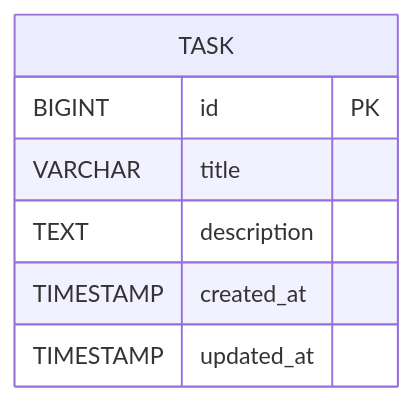
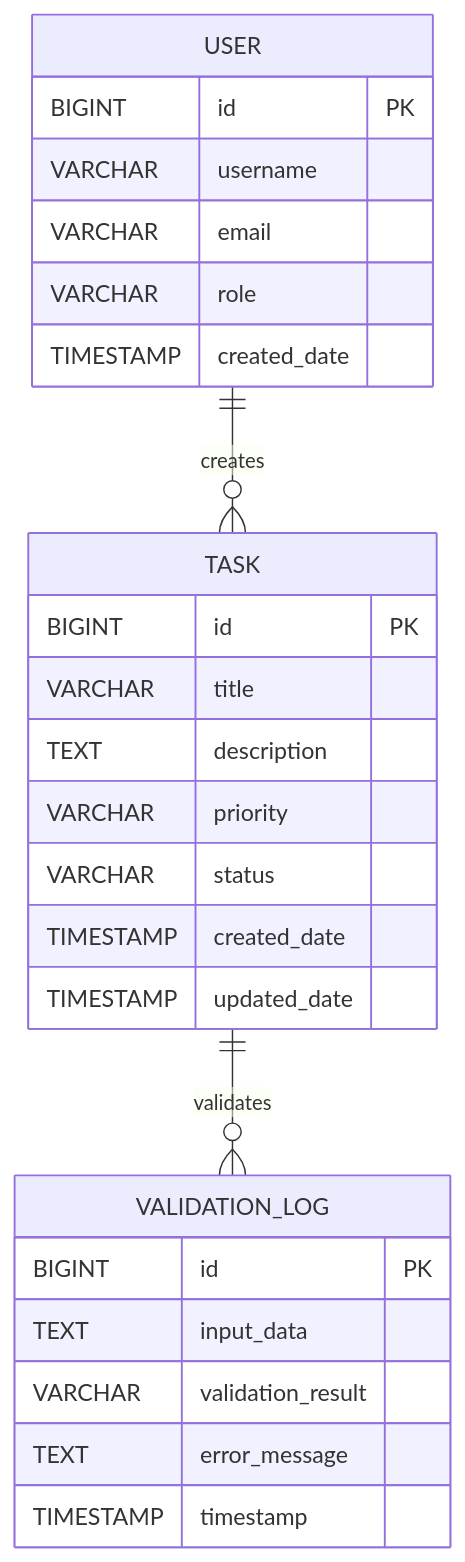
Before and after one commit to ThapaswiASC/SCIB-INCEPTION-PHASE-DEMO: the diagram in lld/lld_DEMO-759.md, drawn with Mermaid. The commit also changed other lines of this file, not shown here.

Commit message:
feat: Add SpringBoot LLD for malformed input data handling - DEMO-759

````diff
--- a/lld/lld_DEMO-759.md
+++ b/lld/lld_DEMO-759.md
@@ -280,10 +287,31 @@
 ```mermaid
 erDiagram
     TASK {
         BIGINT id PK
         VARCHAR title
         TEXT description
-        TIMESTAMP created_at
-        TIMESTAMP updated_at
+        VARCHAR priority
+        VARCHAR status
+        TIMESTAMP created_date
+        TIMESTAMP updated_date
     }
+    
+    VALIDATION_LOG {
+        BIGINT id PK
+        TEXT input_data
+        VARCHAR validation_result
+        TEXT error_message
+        TIMESTAMP timestamp
+    }
+    
+    USER {
+        BIGINT id PK
+        VARCHAR username
+        VARCHAR email
+        VARCHAR role
+        TIMESTAMP created_date
+    }
+    
+    USER ||--o{ TASK : creates
+    TASK ||--o{ VALIDATION_LOG : validates
 ```
````
